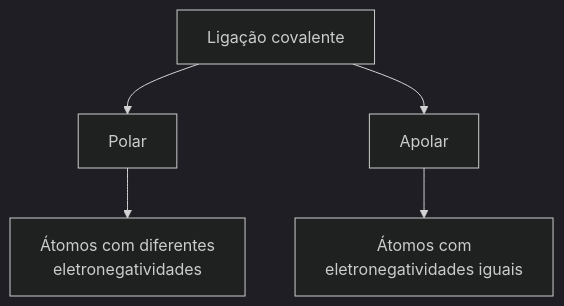
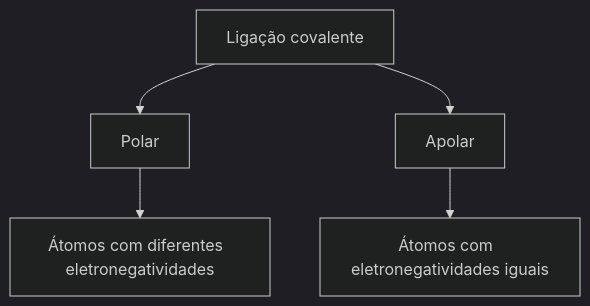
Before and after one commit to Pediatra/anotacoes: the first of 2 diagrams in enem/química/Átomos.md, drawn with Mermaid (dark theme). The commit also changed other lines of this file and 10 other files, not shown here.

````diff
--- a/enem/química/Átomos.md
+++ b/enem/química/Átomos.md
@@ -462,7 +462,7 @@
 ```mermaid
 flowchart TD;
 lc[Ligação covalente] --> p[Polar]
 lc --> a[Apolar]
-p --> c[Átomos com diferentes \n eletronegatividades]
-a --> d[Átomos com \n eletronegatividades iguais]
+p --> c[Átomos com diferentes  eletronegatividades]
+a --> d[Átomos com  eletronegatividades iguais]
 ```
````
